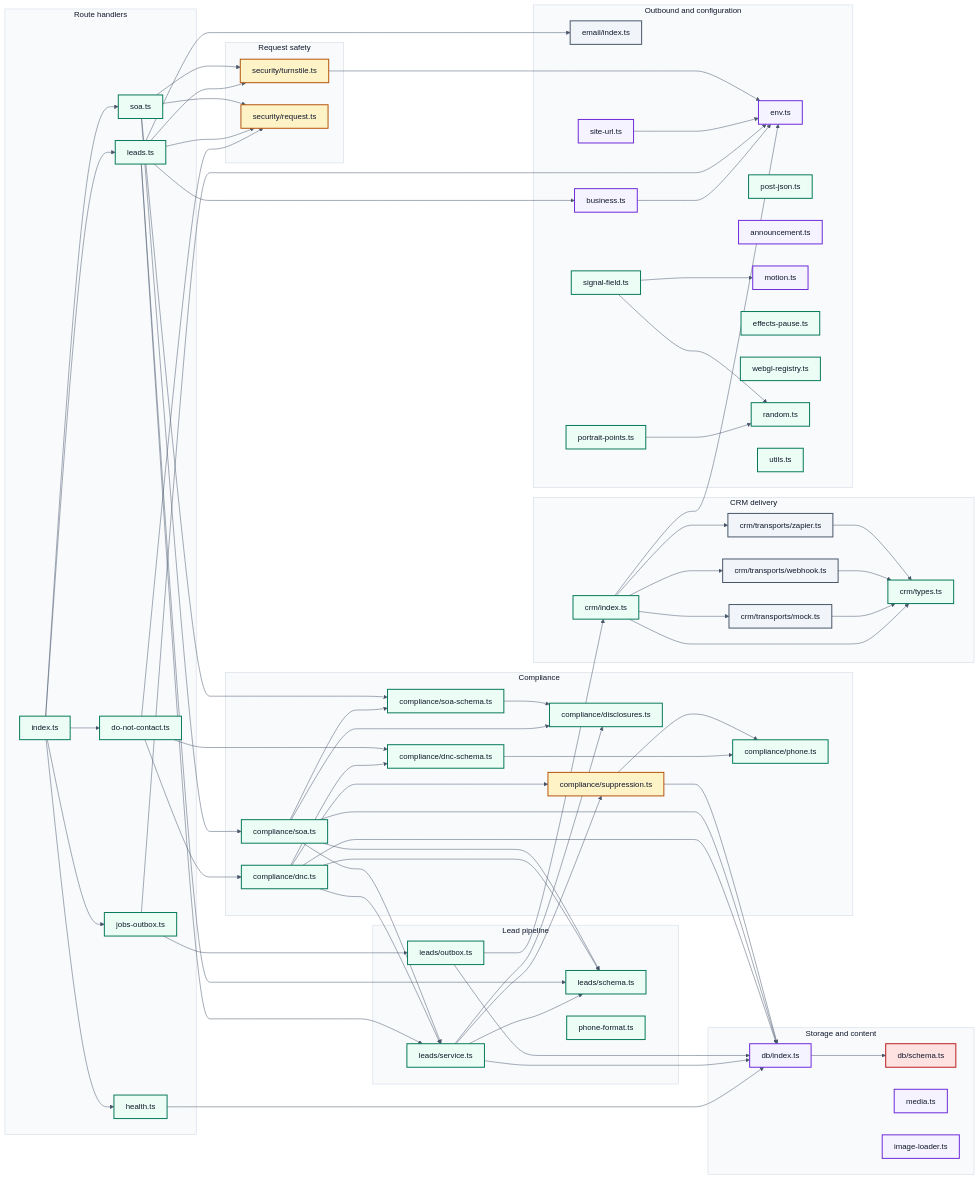
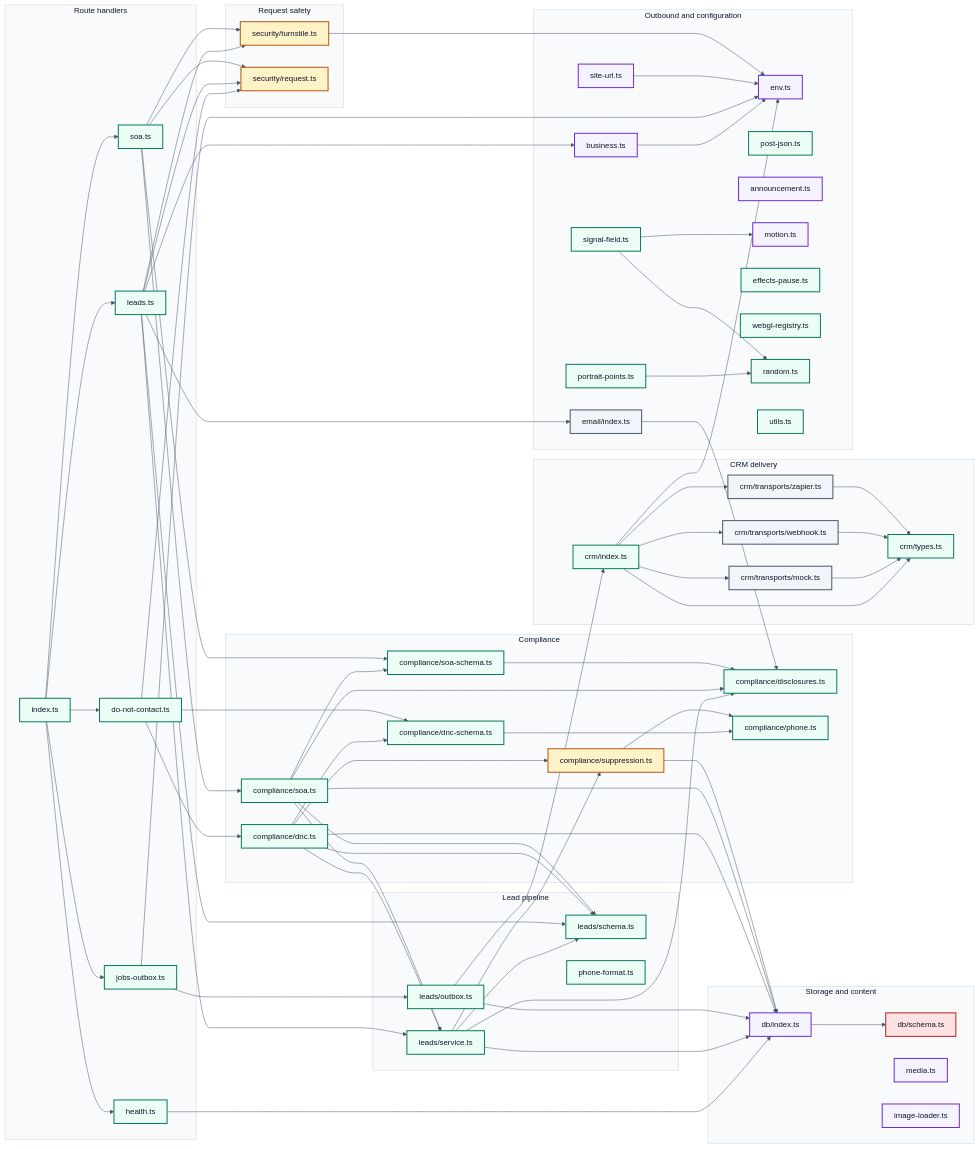
One commit to marc-mccarthy/legacy-benefits-mn changed the diagram in docs/diagrams/D5-module-map.mmd. Above: the diagram before and after it, drawn with Mermaid. The commit also changed 2 other files, not shown here.

Commit message:
chore(diagrams): email now imports compliance disclosures

```diff
--- a/docs/diagrams/D5-module-map.mmd
+++ b/docs/diagrams/D5-module-map.mmd
@@ -1,146 +1,147 @@
 %%{init: {"theme":"base","themeVariables":{"fontFamily":"Helvetica Neue, Helvetica, Arial, sans-serif","fontSize":"16px","textColor":"#0F172A","background":"#FFFFFF","lineColor":"#475569","mainBkg":"#EFF6FF","nodeBorder":"#1D4ED8","primaryColor":"#EFF6FF","primaryBorderColor":"#1D4ED8","primaryTextColor":"#0F172A","secondaryColor":"#F1F5F9","secondaryBorderColor":"#475569","secondaryTextColor":"#0F172A","tertiaryColor":"#F8FAFC","tertiaryBorderColor":"#CBD5E1","tertiaryTextColor":"#0F172A","clusterBkg":"#F8FAFC","clusterBorder":"#CBD5E1","edgeLabelBackground":"#FFFFFF","actorBkg":"#EEF2FF","actorBorder":"#4338CA","actorTextColor":"#0F172A","signalColor":"#475569","signalTextColor":"#0F172A","noteBkgColor":"#FEF3C7","noteBorderColor":"#B45309","noteTextColor":"#0F172A","activationBkgColor":"#ECFDF5","activationBorderColor":"#047857","labelBoxBkgColor":"#FEF3C7","labelBoxBorderColor":"#B45309","sequenceNumberColor":"#FFFFFF"},"flowchart":{"htmlLabels":false,"curve":"basis","nodeSpacing":45,"rankSpacing":60,"padding":12},"sequence":{"useMaxWidth":false,"htmlLabels":false,"mirrorActors":false,"wrap":true,"width":190}}}%%
 flowchart LR
 accTitle: Every server module this repository owns, and what each one imports
 accDescr {
   A left-to-right map of the server side of the application, derived from the imports in the
   code rather than drawn by hand, so it cannot describe a wiring that no longer exists. Each
   box is one module; each arrow is one module importing another. Route handlers sit on the
   left, since every request enters through one of them. The two modules that verify a request
   and the one that decides whether a person may be contacted are drawn as gates, because their
   job is to reject. The database schema is drawn as regulated data, because that is what it
   declares. Test files are excluded: a test importing a module says nothing about how the
-  application is wired. 41 modules and 56 imports are drawn.
+  application is wired. 41 modules and 57 imports are drawn.
 }
 
 subgraph Routehandlers ["Route handlers"]
   apiRouter["index.ts"]
   leadsRoute["leads.ts"]
   soaRoute["soa.ts"]
   dncRoute["do-not-contact.ts"]
   jobsRoute["jobs-outbox.ts"]
   healthRoute["health.ts"]
 end
 
 subgraph Requestsafety ["Request safety"]
   turnstile["security/turnstile.ts"]
   request["security/request.ts"]
 end
 
 subgraph Leadpipeline ["Lead pipeline"]
   leadService["leads/service.ts"]
   leadSchema["leads/schema.ts"]
   outbox["leads/outbox.ts"]
   phoneFormat["phone-format.ts"]
 end
 
 subgraph Compliance ["Compliance"]
   disclosures["compliance/disclosures.ts"]
   suppression["compliance/suppression.ts"]
   phone["compliance/phone.ts"]
   dnc["compliance/dnc.ts"]
   dncSchema["compliance/dnc-schema.ts"]
   soa["compliance/soa.ts"]
   soaSchema["compliance/soa-schema.ts"]
 end
 
 subgraph CRMdelivery ["CRM delivery"]
   crm["crm/index.ts"]
   crmTypes["crm/types.ts"]
   webhook["crm/transports/webhook.ts"]
   zapier["crm/transports/zapier.ts"]
   mock["crm/transports/mock.ts"]
 end
 
 subgraph Storageandcontent ["Storage and content"]
   db["db/index.ts"]
   dbSchema["db/schema.ts"]
   media["media.ts"]
   imageLoader["image-loader.ts"]
 end
 
 subgraph Outboundandconfiguration ["Outbound and configuration"]
   email["email/index.ts"]
   env["env.ts"]
   siteUrl["site-url.ts"]
   postJson["post-json.ts"]
   business["business.ts"]
   announcement["announcement.ts"]
   motion["motion.ts"]
   effectsPause["effects-pause.ts"]
   webglRegistry["webgl-registry.ts"]
   portraitPoints["portrait-points.ts"]
   signalField["signal-field.ts"]
   random["random.ts"]
   utils["utils.ts"]
 end
 
 apiRouter --> dncRoute
 apiRouter --> healthRoute
 apiRouter --> jobsRoute
 apiRouter --> leadsRoute
 apiRouter --> soaRoute
 business --> env
 crm --> crmTypes
 crm --> env
 crm --> mock
 crm --> webhook
 crm --> zapier
 db --> dbSchema
 dnc --> db
 dnc --> dncSchema
 dnc --> leadSchema
 dnc --> leadService
 dnc --> suppression
 dncRoute --> dnc
 dncRoute --> dncSchema
 dncRoute --> request
 dncSchema --> phone
+email --> disclosures
 healthRoute --> db
 jobsRoute --> env
 jobsRoute --> outbox
 leadService --> db
 leadService --> disclosures
 leadService --> leadSchema
 leadService --> suppression
 leadsRoute --> business
 leadsRoute --> email
 leadsRoute --> leadSchema
 leadsRoute --> leadService
 leadsRoute --> request
 leadsRoute --> turnstile
 mock --> crmTypes
 outbox --> crm
 outbox --> db
 portraitPoints --> random
 signalField --> motion
 signalField --> random
 siteUrl --> env
 soa --> db
 soa --> disclosures
 soa --> leadSchema
 soa --> leadService
 soa --> soaSchema
 soaRoute --> request
 soaRoute --> soa
 soaRoute --> soaSchema
 soaRoute --> turnstile
 soaSchema --> disclosures
 suppression --> db
 suppression --> phone
 turnstile --> env
 webhook --> crmTypes
 zapier --> crmTypes
 
 classDef human    fill:#EEF2FF,stroke:#4338CA,stroke-width:2px,color:#0F172A
 classDef client   fill:#EFF6FF,stroke:#1D4ED8,stroke-width:2px,color:#0F172A
 classDef ours     fill:#ECFDF5,stroke:#047857,stroke-width:2px,color:#0F172A
 classDef guard    fill:#FEF3C7,stroke:#B45309,stroke-width:2px,color:#0F172A
 classDef vendor   fill:#F1F5F9,stroke:#475569,stroke-width:2px,color:#0F172A
 classDef phi      fill:#FEE2E2,stroke:#B91C1C,stroke-width:2px,color:#0F172A
 classDef artifact fill:#F5F3FF,stroke:#6D28D9,stroke-width:2px,color:#0F172A
 
 class apiRouter,leadsRoute,soaRoute,dncRoute,jobsRoute,healthRoute,leadService,leadSchema,outbox,phoneFormat,disclosures,phone,dnc,dncSchema,soa,soaSchema,crm,crmTypes,postJson,effectsPause,webglRegistry,portraitPoints,signalField,random,utils ours
 class turnstile,request,suppression guard
 class webhook,zapier,mock,email vendor
 class dbSchema phi
 class db,media,imageLoader,env,siteUrl,business,announcement,motion artifact
```
